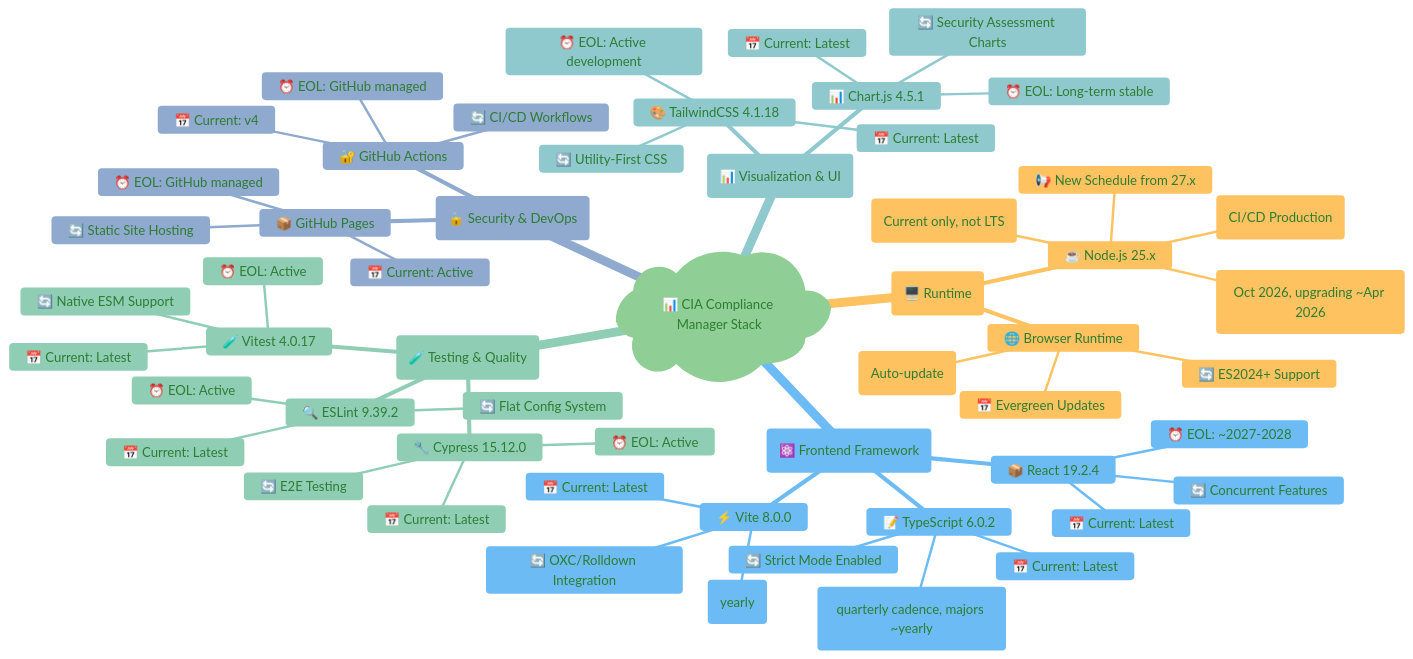
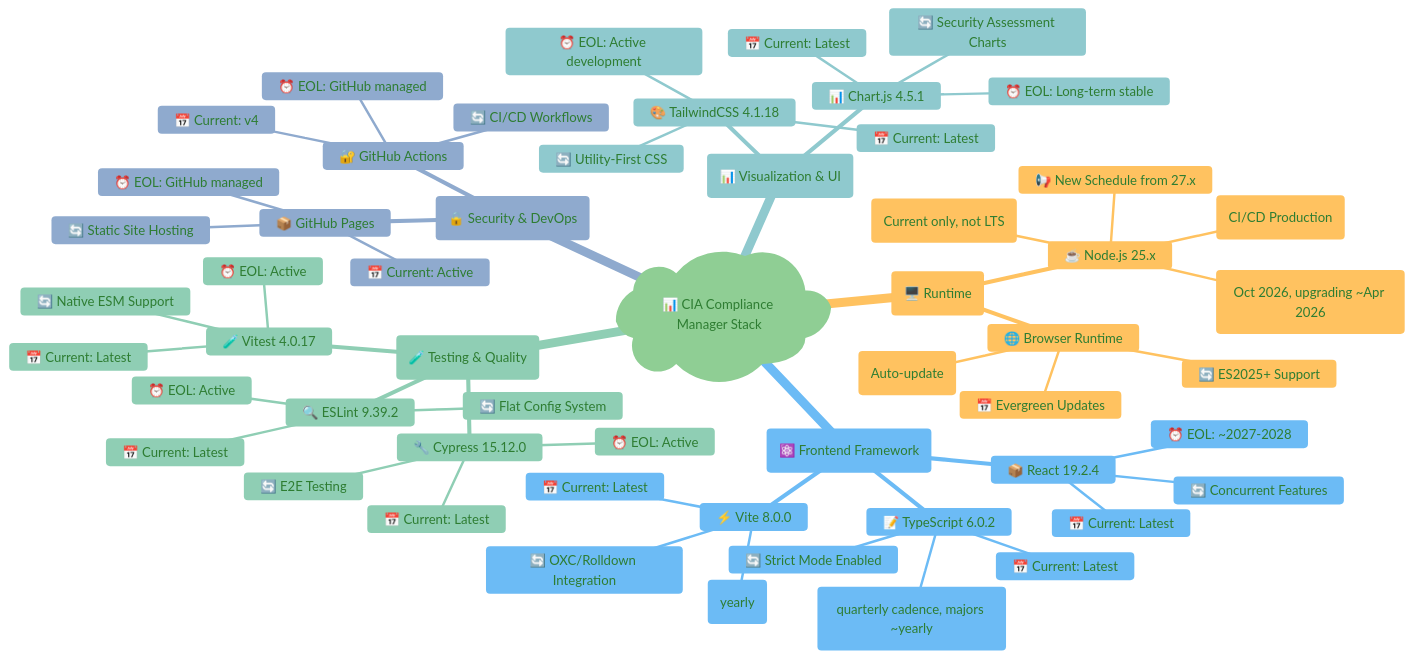
One commit to step-security-bot/cia-compliance-manager changed the first of 9 diagrams in docs/End-of-Life-Strategy.md. Above: the diagram before and after it, drawn with Mermaid. The commit also changed other lines of this file and 14 other files, not shown here.

````diff
--- a/docs/End-of-Life-Strategy.md
+++ b/docs/End-of-Life-Strategy.md
@@ -51,70 +51,70 @@
 ```mermaid
 %%{
   init: {
     'theme': 'base',
     'themeVariables': {
       'primaryColor': '#e8f5e9',
       'primaryTextColor': '#2e7d32',
       'lineColor': '#4caf50',
       'secondaryColor': '#fff3e0',
       'tertiaryColor': '#e3f2fd'
     }
   }
 }%%
 mindmap
   root)📊 CIA Compliance Manager Stack(
     (🖥️ Runtime)
       ☕ Node.js 25.x
         📅 Current: 25.x (CI/CD Production)
         ⏰ Node 25 EOL: Apr 2026 (Current only, not LTS)
         🔄 Next LTS: Node 26 (Oct 2026, upgrading ~Apr 2026)
         📢 New Schedule from 27.x
       🌐 Browser Runtime
         📅 Evergreen Updates
         ⏰ EOL: N/A (Auto-update)
-        🔄 ES2024+ Support
+        🔄 ES2025+ Support
     (⚛️ Frontend Framework)
       📦 React 19.2.4
         📅 Current: Latest
         ⏰ EOL: ~2027-2028
         🔄 Concurrent Features
       📝 TypeScript 6.0.2
         📅 Current: Latest
         ⏰ EOL: Active (quarterly cadence, majors ~yearly)
         🔄 Strict Mode Enabled
       ⚡ Vite 8.0.0
         📅 Current: Latest
         ⏰ EOL: Active (yearly)
         🔄 OXC/Rolldown Integration
     (🧪 Testing & Quality)
       🧪 Vitest 4.0.17
         📅 Current: Latest
         ⏰ EOL: Active
         🔄 Native ESM Support
       🔧 Cypress 15.12.0
         📅 Current: Latest
         ⏰ EOL: Active
         🔄 E2E Testing
       🔍 ESLint 9.39.2
         📅 Current: Latest
         ⏰ EOL: Active
         🔄 Flat Config System
     (📊 Visualization & UI)
       📊 Chart.js 4.5.1
         📅 Current: Latest
         ⏰ EOL: Long-term stable
         🔄 Security Assessment Charts
       🎨 TailwindCSS 4.1.18
         📅 Current: Latest
         ⏰ EOL: Active development
         🔄 Utility-First CSS
     (🔒 Security & DevOps)
       🔐 GitHub Actions
         📅 Current: v4
         ⏰ EOL: GitHub managed
         🔄 CI/CD Workflows
       📦 GitHub Pages
         📅 Current: Active
         ⏰ EOL: GitHub managed
         🔄 Static Site Hosting
 ```
````
